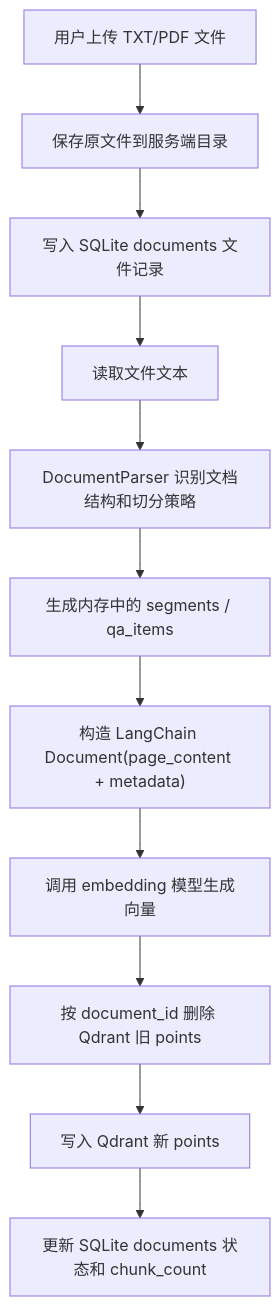
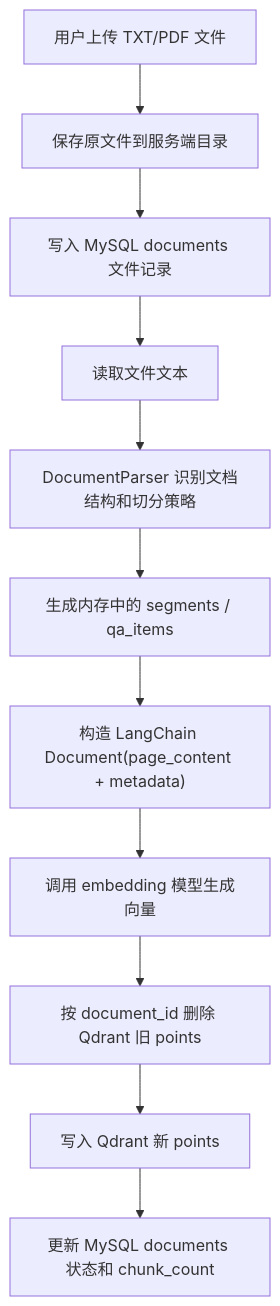
Before and after one commit to chen-liang-22/AI_RAG_Agent_Project: the first of 2 diagrams in 数据库设计.md, drawn with Mermaid. The commit also changed other lines of this file and 20 other files, not shown here.

````diff
--- a/数据库设计.md
+++ b/数据库设计.md
@@ -373,13 +375,13 @@
 ```mermaid
 flowchart TD
     A["用户上传 TXT/PDF 文件"] --> B["保存原文件到服务端目录"]
-    B --> C["写入 SQLite documents 文件记录"]
+    B --> C["写入 MySQL documents 文件记录"]
     C --> D["读取文件文本"]
     D --> E["DocumentParser 识别文档结构和切分策略"]
     E --> F["生成内存中的 segments / qa_items"]
     F --> G["构造 LangChain Document(page_content + metadata)"]
     G --> H["调用 embedding 模型生成向量"]
     H --> I["按 document_id 删除 Qdrant 旧 points"]
     I --> J["写入 Qdrant 新 points"]
-    J --> K["更新 SQLite documents 状态和 chunk_count"]
+    J --> K["更新 MySQL documents 状态和 chunk_count"]
 ```
````
